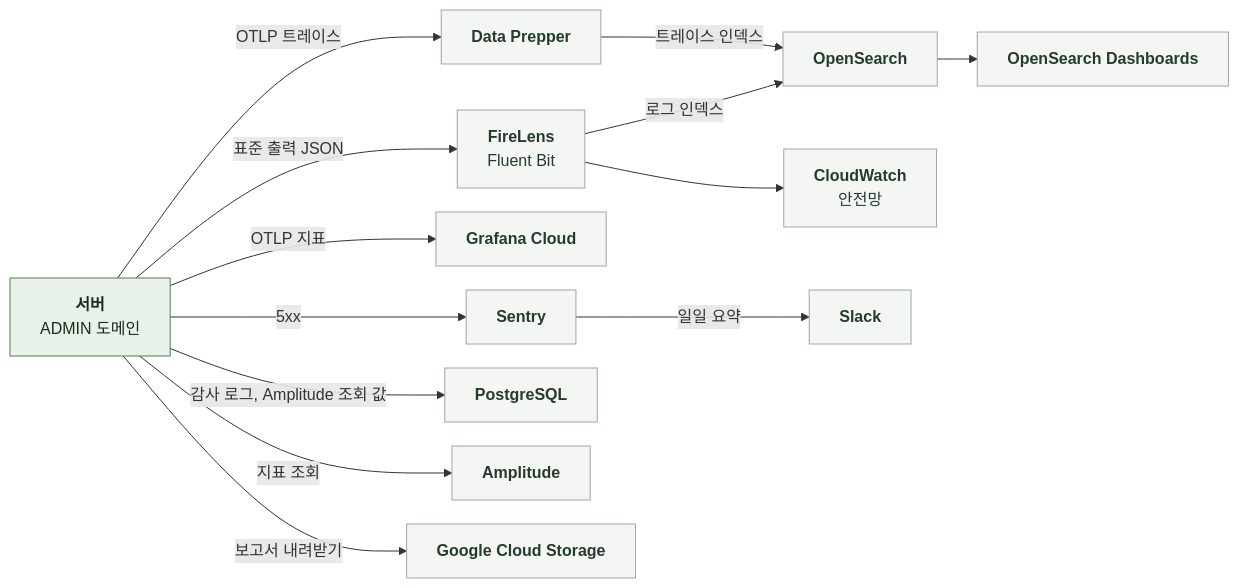
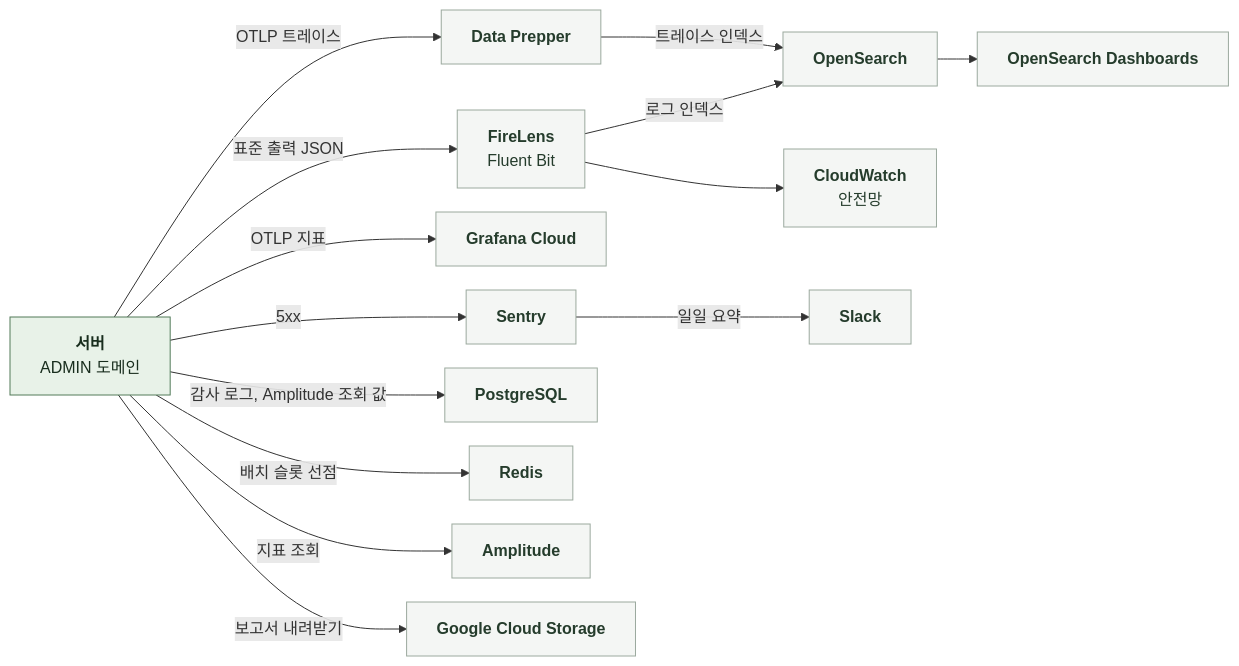
The diagram in docs/domain/ADMIN/BACKEND/5-4-OBSERVABILITY.md (KIM-N-KANG/knk-harness), drawn with Mermaid before and after one commit. The commit also changed other lines of this file and 7 other files, not shown here.

````diff
--- a/docs/domain/ADMIN/BACKEND/5-4-OBSERVABILITY.md
+++ b/docs/domain/ADMIN/BACKEND/5-4-OBSERVABILITY.md
@@ -11,24 +11,25 @@
 ```mermaid
 %%{init: {"flowchart": {"curve": "basis", "nodeSpacing": 24, "rankSpacing": 40}}}%%
 flowchart LR
     S["`**서버**
 ADMIN 도메인`"]
     S -->|표준 출력 JSON| F["`**FireLens**
 Fluent Bit`"]
     F -->|로그 인덱스| OS["`**OpenSearch**`"]
     F --> CW["`**CloudWatch**
 안전망`"]
     S -->|OTLP 트레이스| DP["`**Data Prepper**`"]
     DP -->|트레이스 인덱스| OS
     OS --> OD["`**OpenSearch Dashboards**`"]
     S -->|OTLP 지표| G["`**Grafana Cloud**`"]
     S -->|5xx| SE["`**Sentry**`"]
     SE -->|일일 요약| SL["`**Slack**`"]
     S -->|감사 로그, Amplitude 조회 값| DB["`**PostgreSQL**`"]
+    S -->|배치 슬롯 선점| RD["`**Redis**`"]
     S -->|지표 조회| AM["`**Amplitude**`"]
     S -->|보고서 내려받기| GCS["`**Google Cloud Storage**`"]
     classDef comp fill:#E8F2E8,stroke:#527A59,color:#182D1D
     classDef ext fill:#F4F6F4,stroke:#9BA99E,color:#253C2C
     class S comp
-    class F,OS,CW,DP,OD,G,SE,SL,DB,AM,GCS ext
+    class F,OS,CW,DP,OD,G,SE,SL,DB,RD,AM,GCS ext
 ```
````
